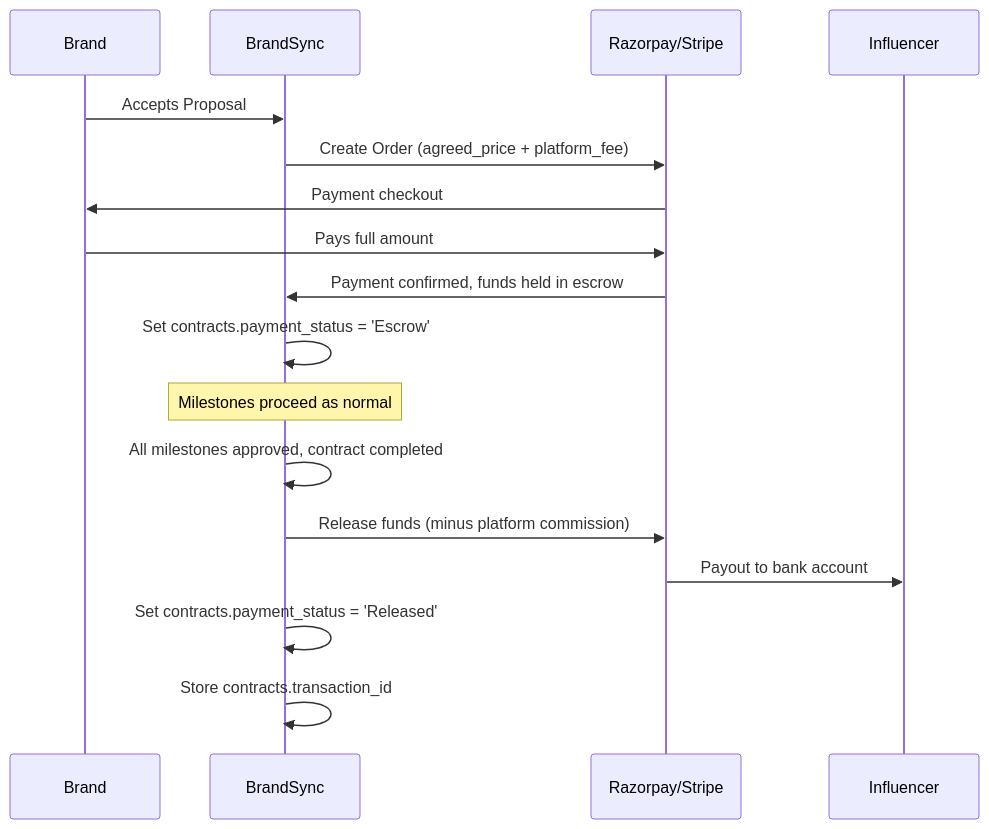
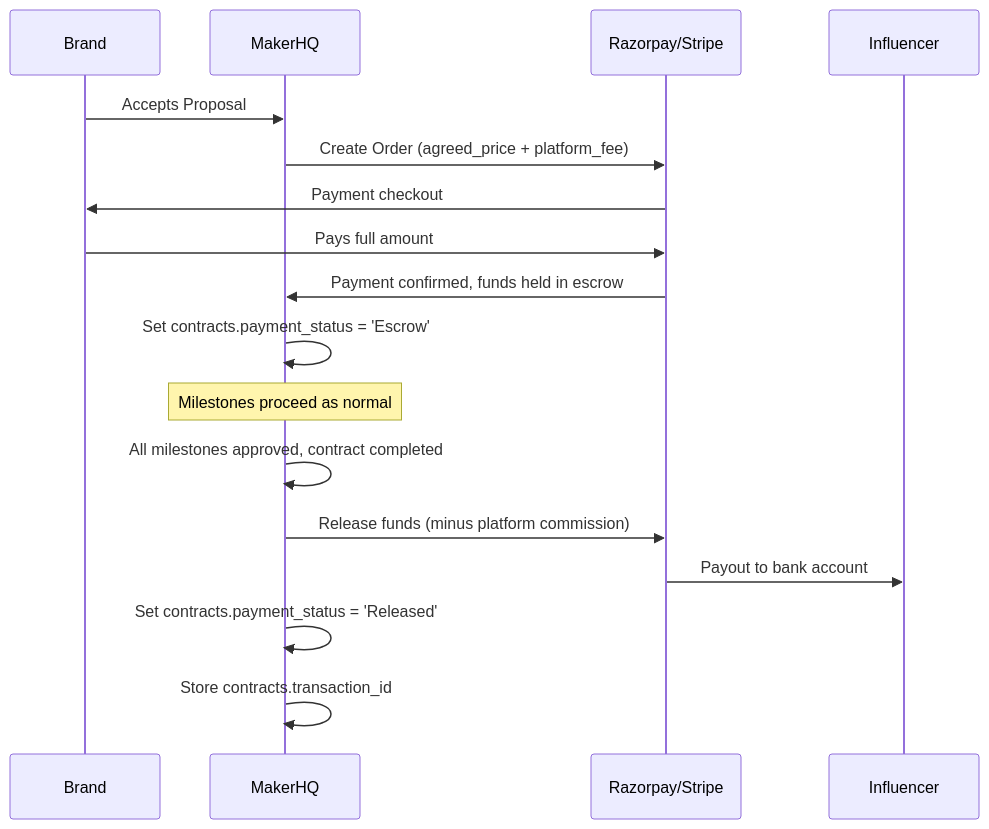
The ninth of 9 diagrams in roadmap.md (vasanthshettyy/BrandSync), drawn with Mermaid before and after one commit. The commit also changed other lines of this file and 11 other files, not shown here.

````diff
--- a/roadmap.md
+++ b/roadmap.md
@@ -2186,20 +2186,20 @@
 ```mermaid
 sequenceDiagram
     participant Brand
-    participant BrandSync
+    participant MakerHQ
     participant Razorpay/Stripe
     participant Influencer
 
-    Brand->>BrandSync: Accepts Proposal
-    BrandSync->>Razorpay/Stripe: Create Order (agreed_price + platform_fee)
+    Brand->>MakerHQ: Accepts Proposal
+    MakerHQ->>Razorpay/Stripe: Create Order (agreed_price + platform_fee)
     Razorpay/Stripe->>Brand: Payment checkout
     Brand->>Razorpay/Stripe: Pays full amount
-    Razorpay/Stripe->>BrandSync: Payment confirmed, funds held in escrow
-    BrandSync->>BrandSync: Set contracts.payment_status = 'Escrow'
-    Note over BrandSync: Milestones proceed as normal
-    BrandSync->>BrandSync: All milestones approved, contract completed
-    BrandSync->>Razorpay/Stripe: Release funds (minus platform commission)
+    Razorpay/Stripe->>MakerHQ: Payment confirmed, funds held in escrow
+    MakerHQ->>MakerHQ: Set contracts.payment_status = 'Escrow'
+    Note over MakerHQ: Milestones proceed as normal
+    MakerHQ->>MakerHQ: All milestones approved, contract completed
+    MakerHQ->>Razorpay/Stripe: Release funds (minus platform commission)
     Razorpay/Stripe->>Influencer: Payout to bank account
-    BrandSync->>BrandSync: Set contracts.payment_status = 'Released'
-    BrandSync->>BrandSync: Store contracts.transaction_id
+    MakerHQ->>MakerHQ: Set contracts.payment_status = 'Released'
+    MakerHQ->>MakerHQ: Store contracts.transaction_id
 ```
````
